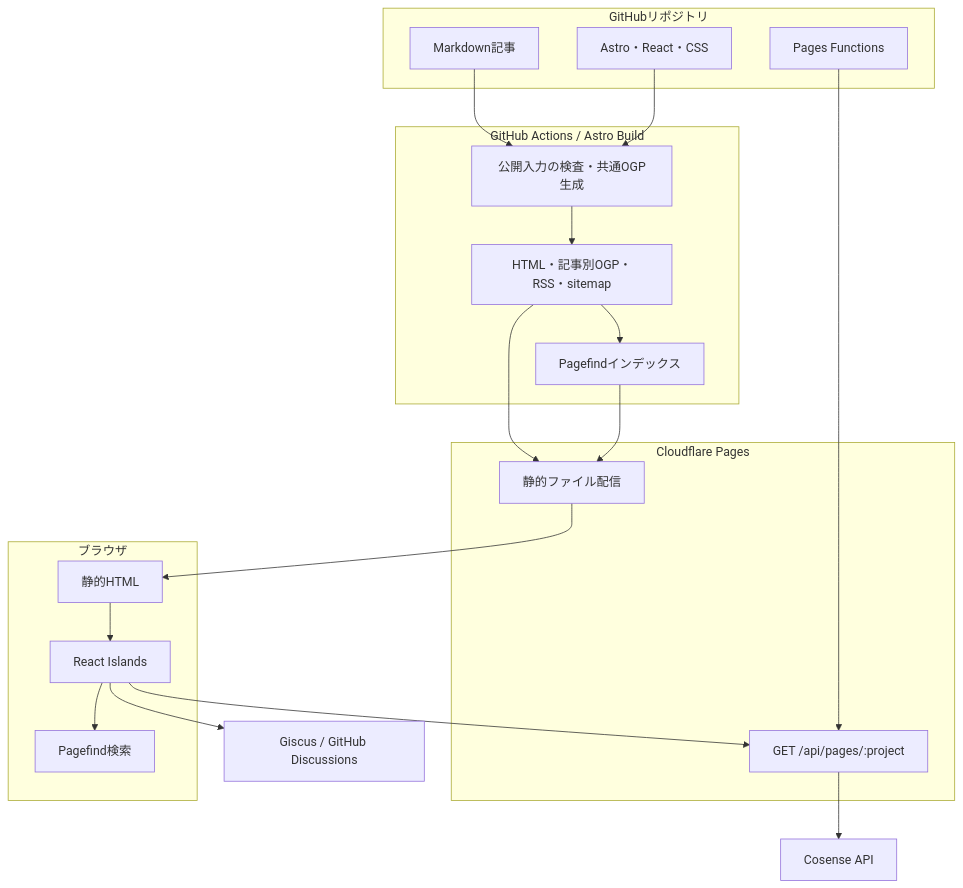
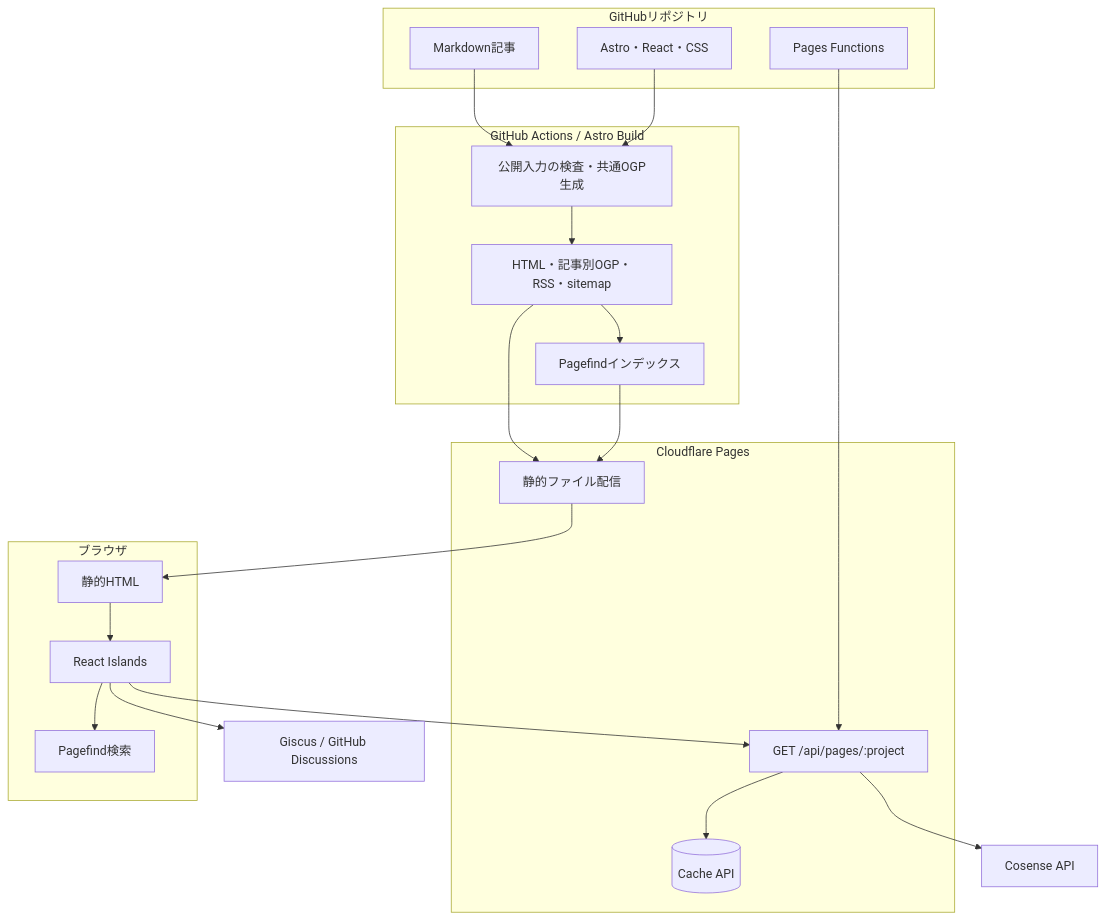
Before and after one commit to KJR020/kjr020-blog: the first of 2 diagrams in docs/architecture/overview.md, drawn with Mermaid. The commit also changed other lines of this file and 2 other files, not shown here.

Commit message:
docs: Cosense API Proxyのキャッシュ仕様を定義

````diff
--- a/docs/architecture/overview.md
+++ b/docs/architecture/overview.md
@@ -7,39 +7,41 @@
 ```mermaid
 graph TB
     subgraph Repository["GitHubリポジトリ"]
         Content[Markdown記事]
         Source[Astro・React・CSS]
         FunctionSource[Pages Functions]
     end
 
     subgraph Build["GitHub Actions / Astro Build"]
         Prebuild[公開入力の検査・共通OGP生成]
         Static[HTML・記事別OGP・RSS・sitemap]
         SearchIndex[Pagefindインデックス]
     end
 
     subgraph Cloudflare["Cloudflare Pages"]
         CDN[静的ファイル配信]
         Functions[GET /api/pages/:project]
+        Cache[(Cache API)]
     end
 
     subgraph Browser["ブラウザ"]
         Page[静的HTML]
         Islands[React Islands]
         Search[Pagefind検索]
     end
 
     Content --> Prebuild
     Source --> Prebuild
     Prebuild --> Static
     Static --> SearchIndex
     Static --> CDN
     SearchIndex --> CDN
     FunctionSource --> Functions
     CDN --> Page
     Page --> Islands
     Islands --> Search
     Islands --> Functions
+    Functions --> Cache
     Functions --> Cosense[Cosense API]
     Islands --> Giscus[Giscus / GitHub Discussions]
 ```
````
